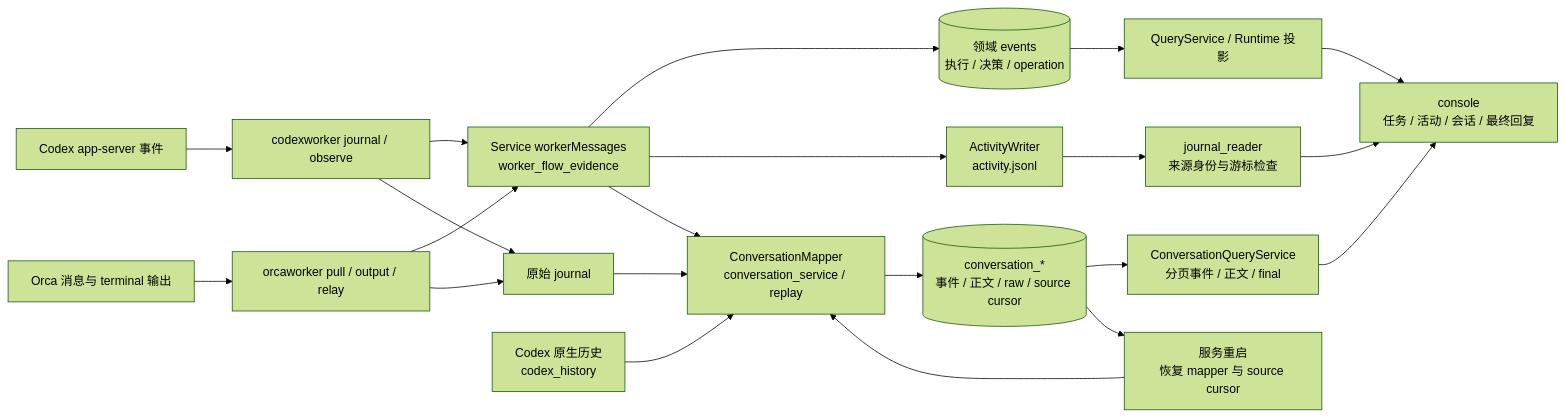
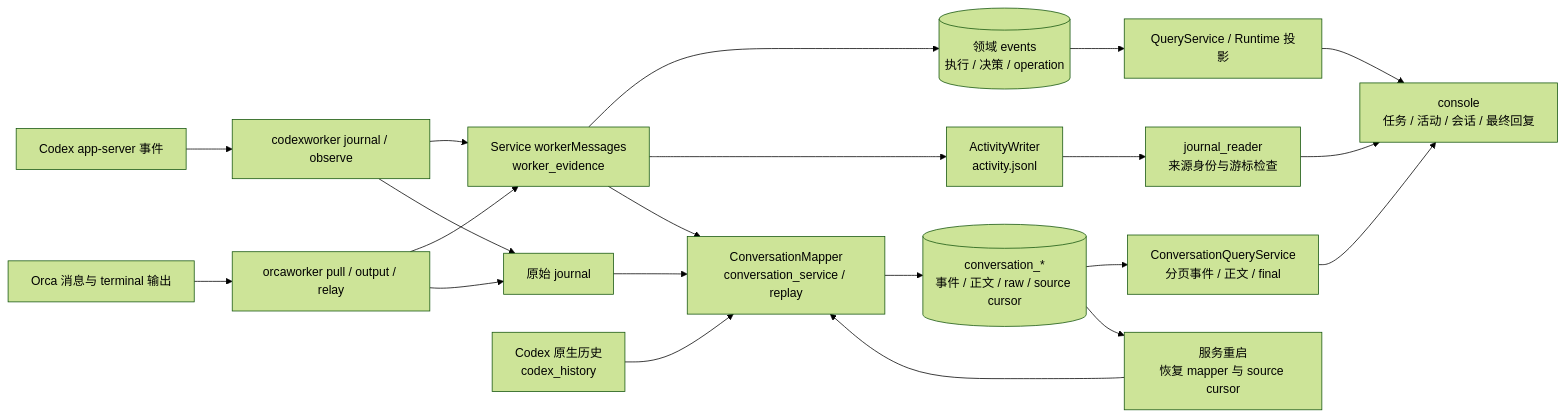
The seventh of 7 diagrams in docs/architecture/current-code-architecture.md (erranliu/SteerLine), drawn with Mermaid (forest theme) before and after one commit. The commit also changed other lines of this file and 64 other files, not shown here.

````diff
--- a/docs/architecture/current-code-architecture.md
+++ b/docs/architecture/current-code-architecture.md
@@ -332,23 +333,23 @@
 ```mermaid
 flowchart LR
     Codex["Codex app-server 事件"] --> Worker["codexworker journal / observe"]
     Orca["Orca 消息与 terminal 输出"] --> OW["orcaworker pull / output / relay"]
-    Worker --> Service["Service workerMessages<br/>worker_flow_evidence"]
+    Worker --> Service["Service workerMessages<br/>worker_evidence"]
     OW --> Service
     Service --> Domain[("领域 events<br/>执行 / 决策 / operation")]
     Service --> Activity["ActivityWriter<br/>activity.jsonl"]
     Worker --> Raw["原始 journal"]
     OW --> Raw
     History["Codex 原生历史<br/>codex_history"] --> Mapper["ConversationMapper<br/>conversation_service / replay"]
     Raw --> Mapper
     Service --> Mapper
     Mapper --> Conversation[("conversation_*<br/>事件 / 正文 / raw / source cursor")]
     Domain --> View["QueryService / Runtime 投影"]
     Conversation --> CQ["ConversationQueryService<br/>分页事件 / 正文 / final"]
     Activity --> JR["journal_reader<br/>来源身份与游标检查"]
     View --> TUI["console<br/>任务 / 活动 / 会话 / 最终回复"]
     CQ --> TUI
     JR --> TUI
     Conversation --> Replay["服务重启<br/>恢复 mapper 与 source cursor"]
     Replay --> Mapper
 ```
````
